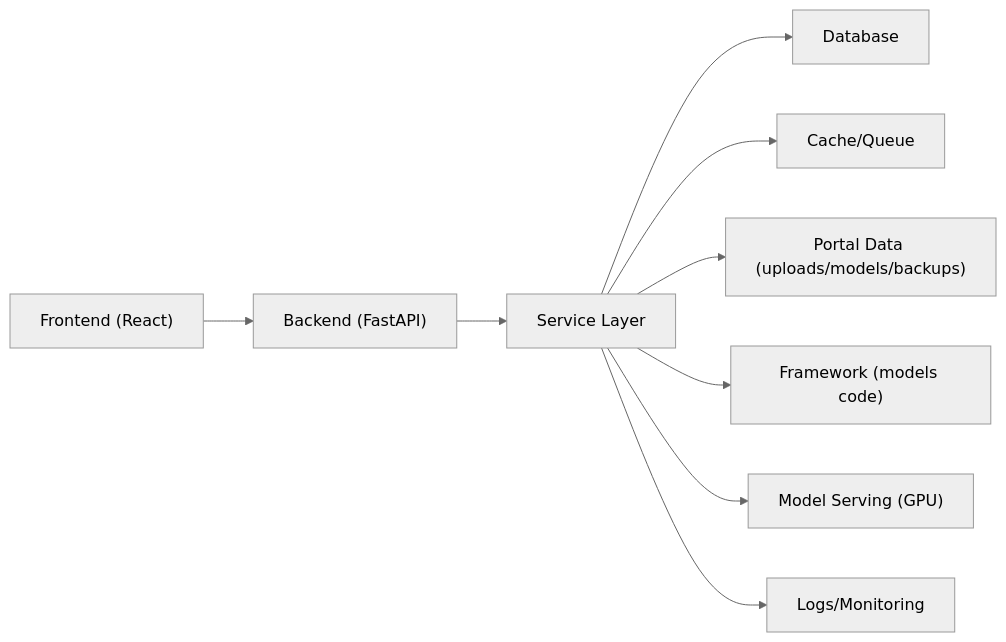
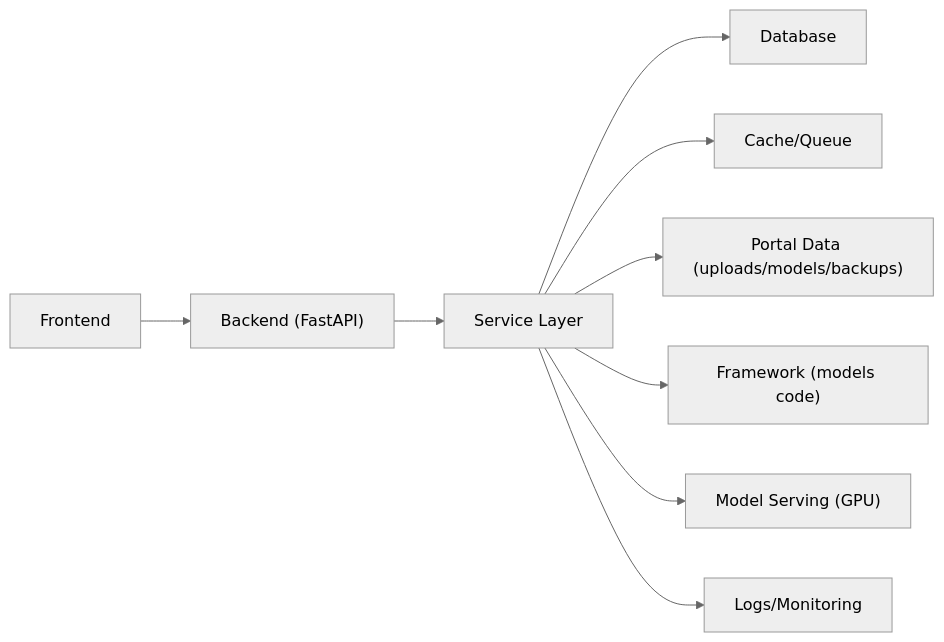
One commit to SolomonAmaning/Forex-exchange-forecast changed the first of 4 diagrams in pipeline_new.md. Above: the diagram before and after it, drawn with Mermaid (neutral theme).

````diff
--- a/pipeline_new.md
+++ b/pipeline_new.md
@@ -11,11 +11,11 @@
 ```mermaid
 flowchart LR
-  UI["Frontend (React)"] --> API["Backend (FastAPI)"]
+  UI["Frontend"] --> API["Backend (FastAPI)"]
   API --> SVC["Service Layer"]
   SVC --> DB["Database"]
   SVC --> CACHE["Cache/Queue"]
   SVC --> FS["Portal Data (uploads/models/backups)"]
   SVC --> FW["Framework (models code)"]
   SVC --> SRV["Model Serving (GPU)"]
   SVC --> LOGS["Logs/Monitoring"]
 ```
````
